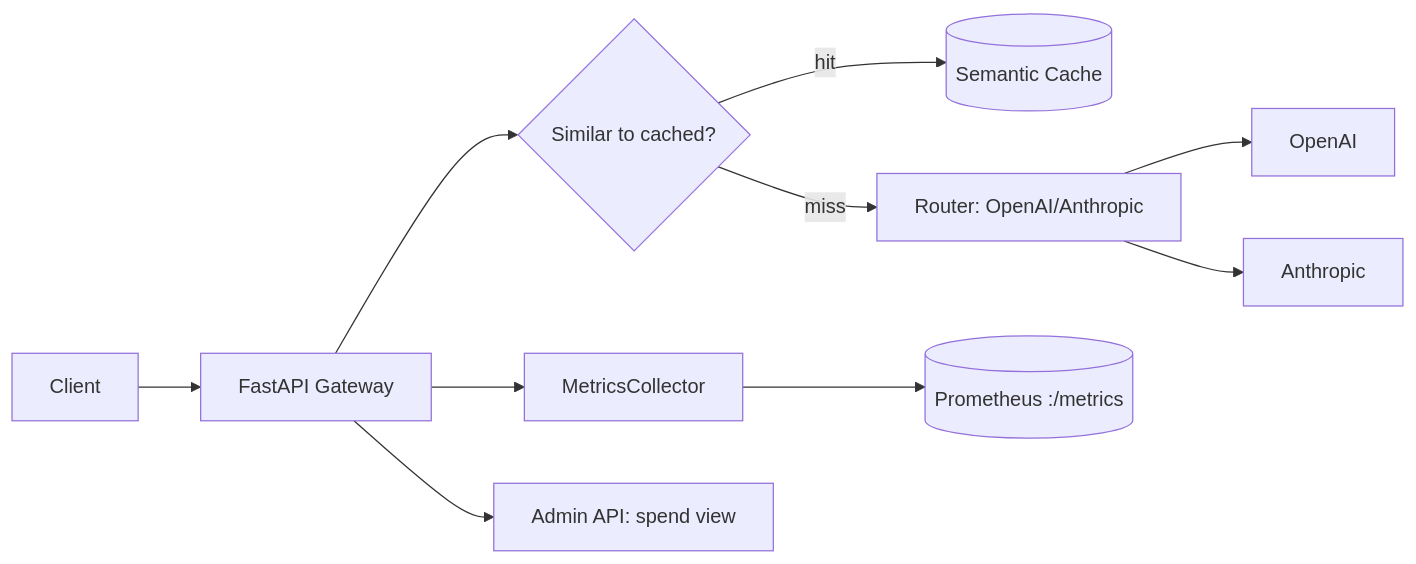
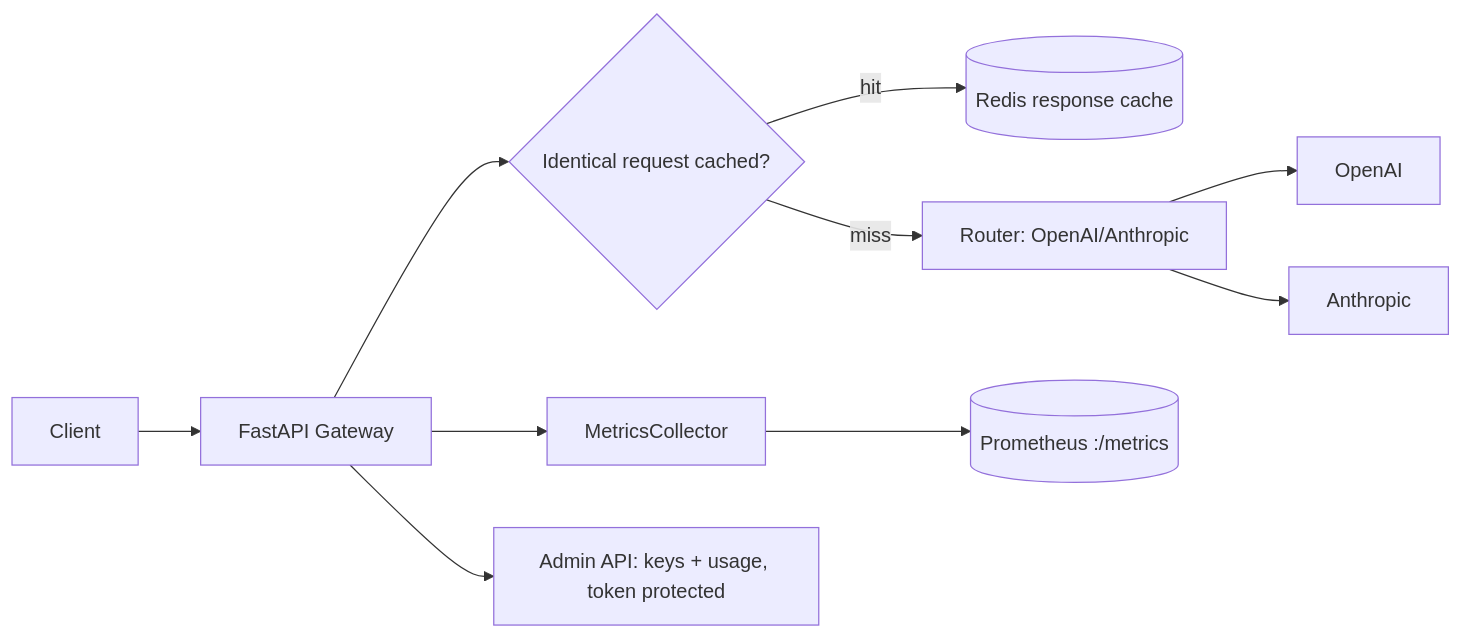
The diagram in README.md (yakim-nick/llm-cost-router), drawn with Mermaid before and after one commit. The commit also changed other lines of this file and 4 other files, not shown here.

First line of the commit message:
fix: honest exact-match cache, request validation, lazy provider clients

````diff
--- a/README.md
+++ b/README.md
@@ -16,12 +16,12 @@
 ```mermaid
 flowchart LR
   C[Client] --> GW[FastAPI Gateway]
-  GW --> SEM{Similar to cached?}
-  SEM -->|hit| CACHE[(Semantic Cache)]
+  GW --> SEM{Identical request cached?}
+  SEM -->|hit| CACHE[(Redis response cache)]
   SEM -->|miss| ROUTE[Router: OpenAI/Anthropic]
   ROUTE --> P1[OpenAI]
   ROUTE --> P2[Anthropic]
   GW --> MET[MetricsCollector]
   MET --> PROM[(Prometheus :/metrics)]
-  GW --> ADMIN[Admin API: spend view]
+  GW --> ADMIN[Admin API: keys + usage, token protected]
 ```
````
